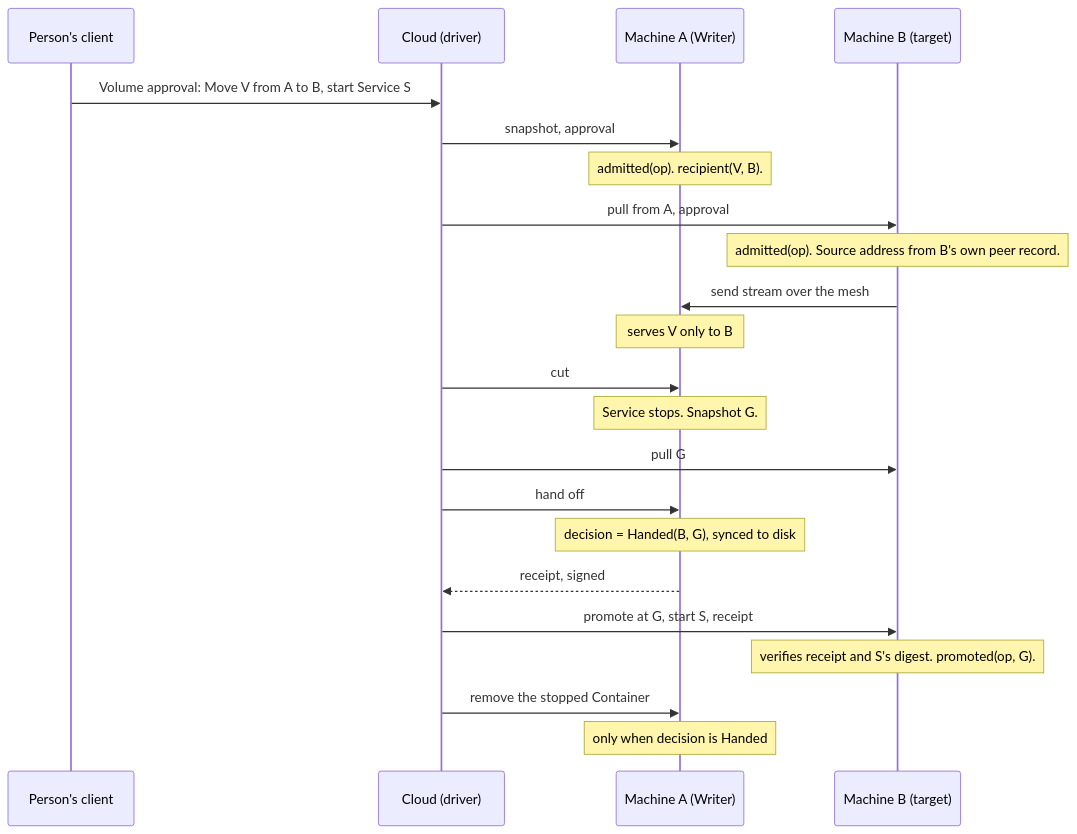
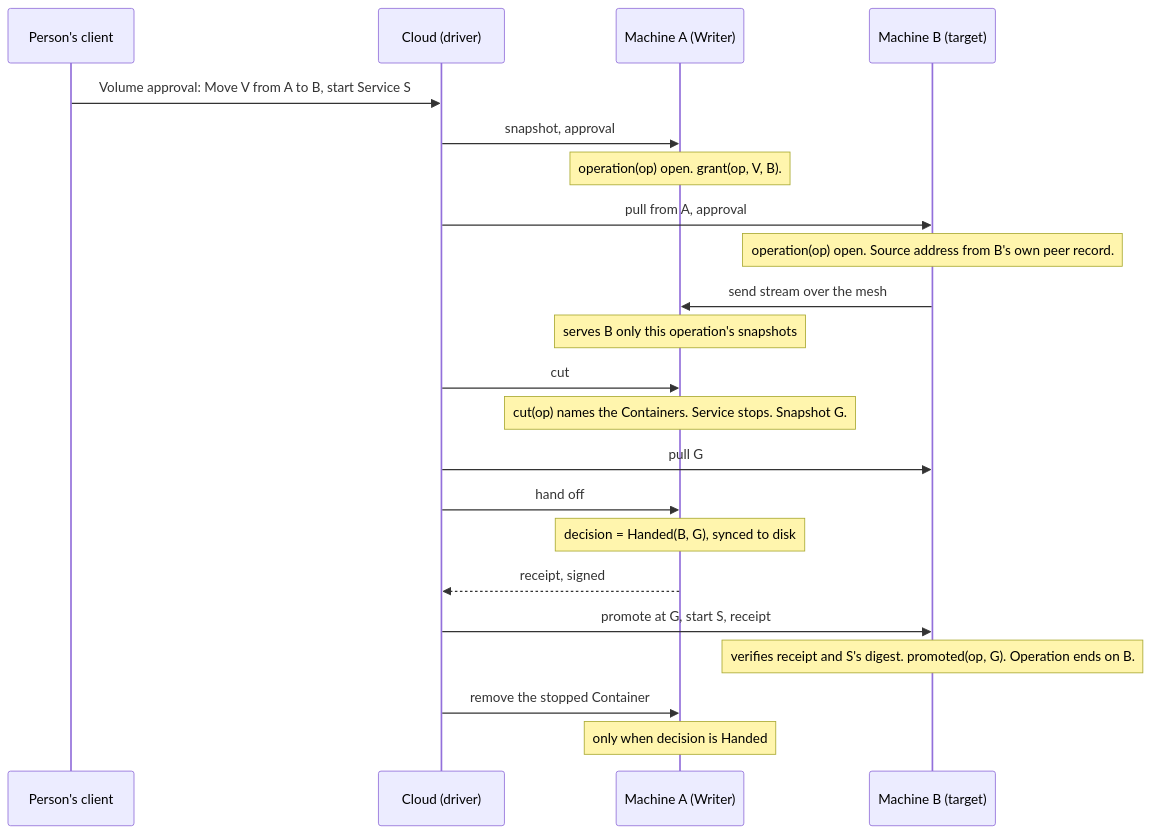
One commit to getployz/ployz changed the diagram in docs/agents/plans/security-0.4/e-plan.md. Above: the diagram before and after it, drawn with Mermaid. The commit also changed other lines of this file and 1 other file, not shown here.

First line of the commit message:
Gate Kept starts in E1 and bound recipient grants to their operation

````diff
--- a/docs/agents/plans/security-0.4/e-plan.md
+++ b/docs/agents/plans/security-0.4/e-plan.md
@@ -68,24 +89,24 @@
 ```mermaid
 sequenceDiagram
   participant P as Person's client
   participant C as Cloud (driver)
   participant A as Machine A (Writer)
   participant B as Machine B (target)
   P->>C: Volume approval: Move V from A to B, start Service S
   C->>A: snapshot, approval
-  Note over A: admitted(op). recipient(V, B).
+  Note over A: operation(op) open. grant(op, V, B).
   C->>B: pull from A, approval
-  Note over B: admitted(op). Source address from B's own peer record.
+  Note over B: operation(op) open. Source address from B's own peer record.
   B->>A: send stream over the mesh
-  Note over A: serves V only to B
+  Note over A: serves B only this operation's snapshots
   C->>A: cut
-  Note over A: Service stops. Snapshot G.
+  Note over A: cut(op) names the Containers. Service stops. Snapshot G.
   C->>B: pull G
   C->>A: hand off
   Note over A: decision = Handed(B, G), synced to disk
   A-->>C: receipt, signed
   C->>B: promote at G, start S, receipt
-  Note over B: verifies receipt and S's digest. promoted(op, G).
+  Note over B: verifies receipt and S's digest. promoted(op, G). Operation ends on B.
   C->>A: remove the stopped Container
   Note over A: only when decision is Handed
 ```
````
